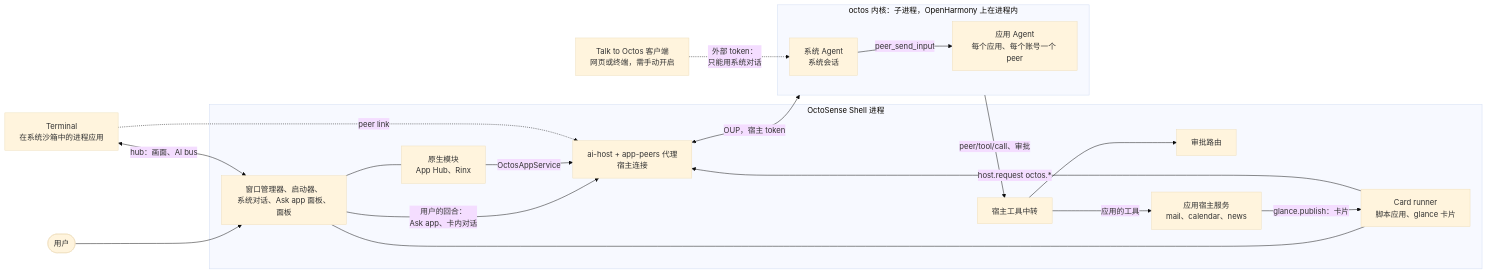
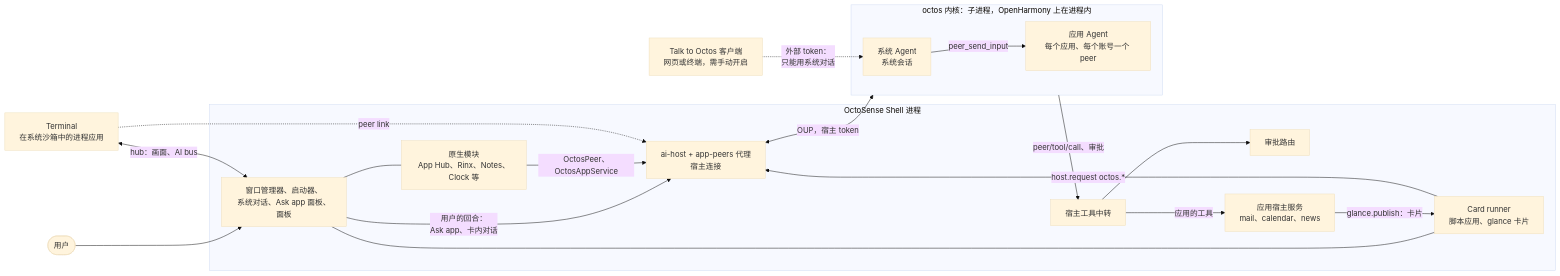
One commit to OctoSense-org/OctoSense changed the first of 4 diagrams in README.zh-CN.md. Above: the diagram before and after it, drawn with Mermaid (base theme). The commit also changed other lines of this file and 6 other files, not shown here.

````diff
--- a/README.zh-CN.md
+++ b/README.zh-CN.md
@@ -31,34 +45,34 @@
 ```mermaid
 flowchart LR
   person(["用户"])
   ext["Talk to Octos 客户端<br/>网页或终端，需手动开启"]
   subgraph shellp["OctoSense Shell 进程"]
     ui["窗口管理器、启动器、<br/>系统对话、Ask app 面板、面板"]
-    mods["原生模块<br/>App Hub、Rinx"]
+    mods["原生模块<br/>App Hub、Rinx、Notes、Clock 等"]
     runner["Card runner<br/>脚本应用、glance 卡片"]
     aihost["ai-host + app-peers 代理<br/>宿主连接"]
     relay["宿主工具中转"]
     router["审批路由"]
     svc["应用宿主服务<br/>mail、calendar、news"]
   end
   term["Terminal<br/>在系统沙箱中的进程应用"]
   subgraph kern["octos 内核：子进程，OpenHarmony 上在进程内"]
     sys["系统 Agent<br/>系统会话"]
     peers["应用 Agent<br/>每个应用、每个账号一个 peer"]
   end
   person --> ui
   ui --- mods
   ui --- runner
   ui -->|"用户的回合：<br/>Ask app、卡内对话"| aihost
-  mods -->|"OctosAppService"| aihost
+  mods -->|"OctosPeer、OctosAppService"| aihost
   runner -->|"host.request octos.*"| aihost
   term <-->|"hub：画面、AI bus"| ui
   term -.->|"peer link"| aihost
   aihost <-->|"OUP，宿主 token"| kern
   sys -->|"peer_send_input"| peers
   kern -->|"peer/tool/call、审批"| relay
   relay --> router
   relay -->|"应用的工具"| svc
   svc -->|"glance.publish：卡片"| runner
   ext -.->|"外部 token：<br/>只能用系统对话"| sys
 ```
````
